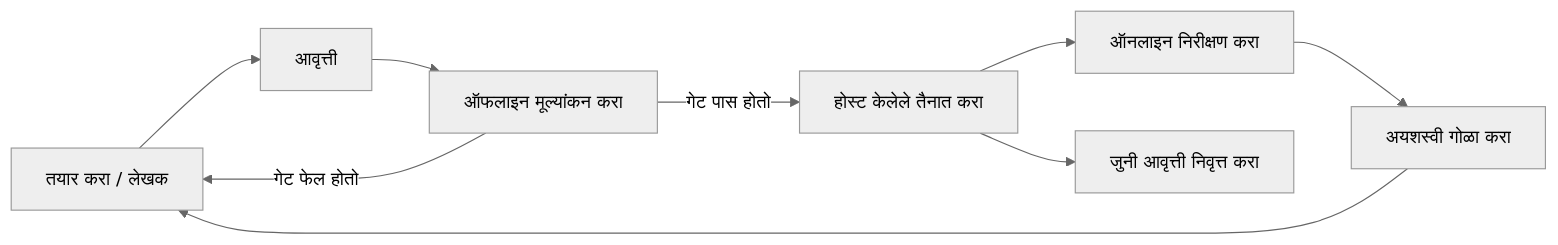
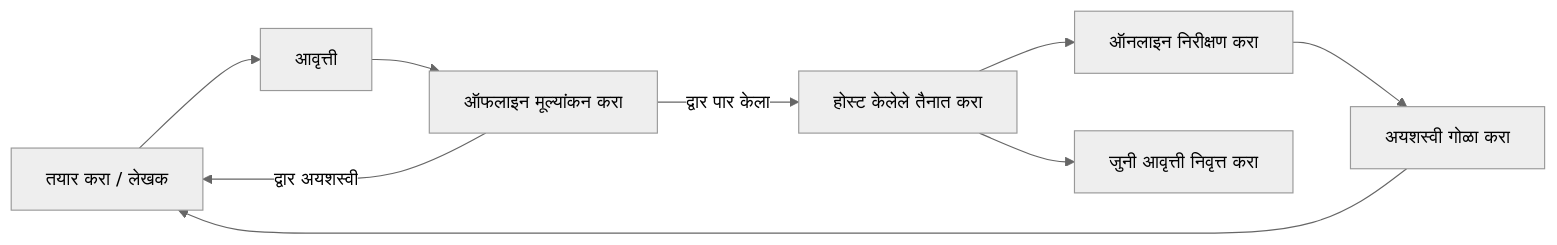
Before and after one commit to gabrielmoreira/agent-skills-mirror: the second of 4 diagrams in mirrors/repos/microsoft@ai-agents-for-beginners/translations/mr/16-deploying-scalable-agents/README.md, drawn with Mermaid (neutral theme). The commit also changed other lines of this file and 4262 other files, not shown here.

````diff
--- a/mirrors/repos/microsoft@ai-agents-for-beginners/translations/mr/16-deploying-scalable-agents/README.md
+++ b/mirrors/repos/microsoft@ai-agents-for-beginners/translations/mr/16-deploying-scalable-agents/README.md
@@ -108,11 +108,11 @@
 ```mermaid
 flowchart LR
     Create[तयार करा / लेखक] --> Version[आवृत्ती]
     Version --> Evaluate[ऑफलाइन मूल्यांकन करा]
-    Evaluate -->|गेट पास होतो| Deploy[होस्ट केलेले तैनात करा]
-    Evaluate -->|गेट फेल होतो| Create
+    Evaluate -->|द्वार पार केला| Deploy[होस्ट केलेले तैनात करा]
+    Evaluate -->|द्वार अयशस्वी| Create
     Deploy --> Observe[ऑनलाइन निरीक्षण करा]
     Observe --> Improve[अयशस्वी गोळा करा]
     Improve --> Create
     Deploy --> Retire[जुनी आवृत्ती निवृत्त करा]
 ```
````
